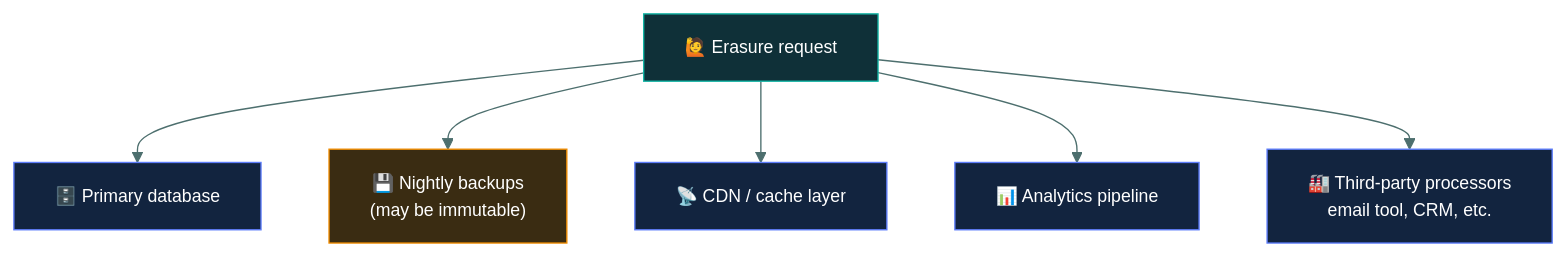
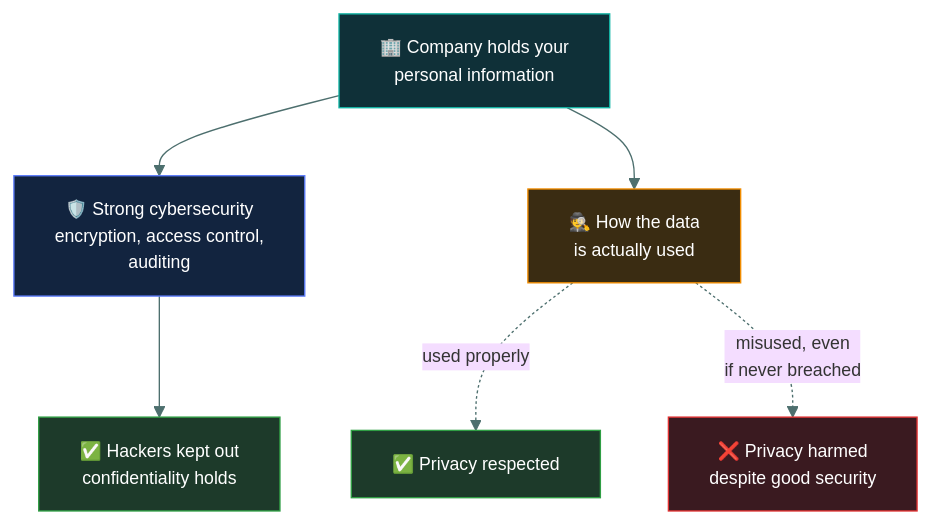
The third of 3 diagrams in 01-security-principles/privacy/README.md (tarunTejaDesireddy/cc-exam-prep), drawn with Mermaid before and after one commit. The commit also changed other lines of this file and 1 other file, not shown here.

First line of the commit message:
Rewrite privacy with the Grog's-cave caveman walkthrough

````diff
--- a/01-security-principles/privacy/README.md
+++ b/01-security-principles/privacy/README.md
@@ -173,16 +183,17 @@
 ```mermaid
-%%{init: {'theme':'base','themeVariables':{'fontSize':'13px','lineColor':'#4d6f6e','textColor':'#dbe7e6'}}}%%
+%%{init: {'theme':'base','themeVariables':{'fontFamily':'Segoe UI, Helvetica Neue, Arial, sans-serif','fontSize':'13px','lineColor':'#4d6f6e','textColor':'#dbe7e6'}}}%%
 flowchart TD
-    R["🙋 Erasure request"] --> P["🗄️ Primary database"]
-    R --> B["💾 Nightly backups<br/>(may be immutable)"]
-    R --> C["📡 CDN / cache layer"]
-    R --> A["📊 Analytics pipeline"]
-    R --> V["🏭 Third-party processors<br/>email tool, CRM, etc."]
+    CO["🏢 Company holds your<br/>personal information"]
+    CO --> SEC["🛡️ Strong cybersecurity<br/>encryption, access control,<br/>auditing"]
+    SEC --> KEPT["✅ Hackers kept out<br/>confidentiality holds"]
+    CO --> USE["🕵️ How the data<br/>is actually used"]
+    USE -.->|"used properly"| GOOD["✅ Privacy respected"]
+    USE -.->|"misused, even<br/>if never breached"| BAD["❌ Privacy harmed<br/>despite good security"]
 
-    style R fill:#0f3038,stroke:#12B5A5,color:#fff
-    style P fill:#12243f,stroke:#5C7CFA,color:#fff
-    style B fill:#3a2c12,stroke:#F08C00,color:#fff
-    style C fill:#12243f,stroke:#5C7CFA,color:#fff
-    style A fill:#12243f,stroke:#5C7CFA,color:#fff
-    style V fill:#12243f,stroke:#5C7CFA,color:#fff
+    style CO fill:#0f3038,stroke:#12B5A5,color:#fff
+    style SEC fill:#12243f,stroke:#5C7CFA,color:#fff
+    style KEPT fill:#1d3a2a,stroke:#2F9E44,color:#fff
+    style USE fill:#3a2c12,stroke:#F08C00,color:#fff
+    style GOOD fill:#1d3a2a,stroke:#2F9E44,color:#fff
+    style BAD fill:#3a1a20,stroke:#E03131,color:#fff
 ```
````
